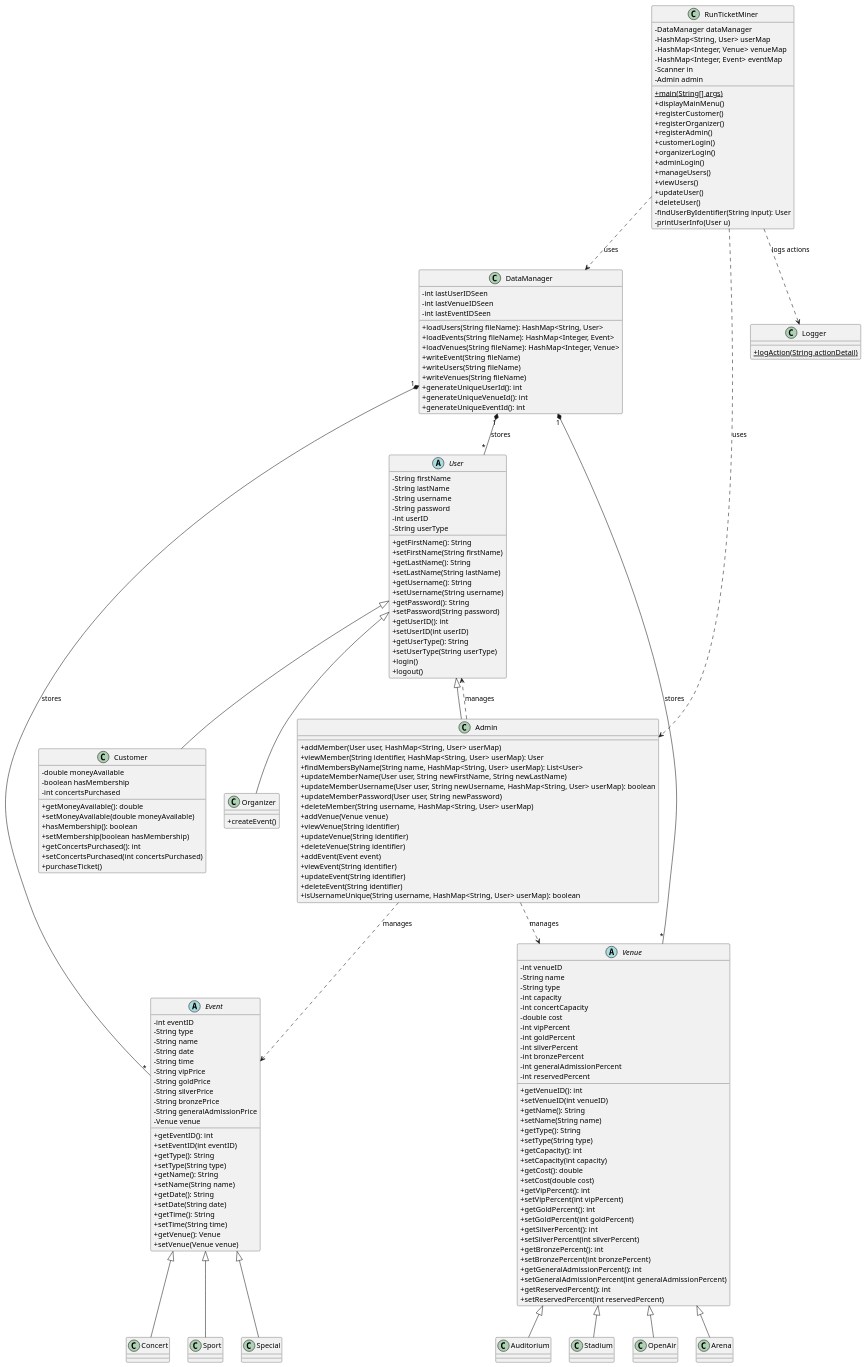
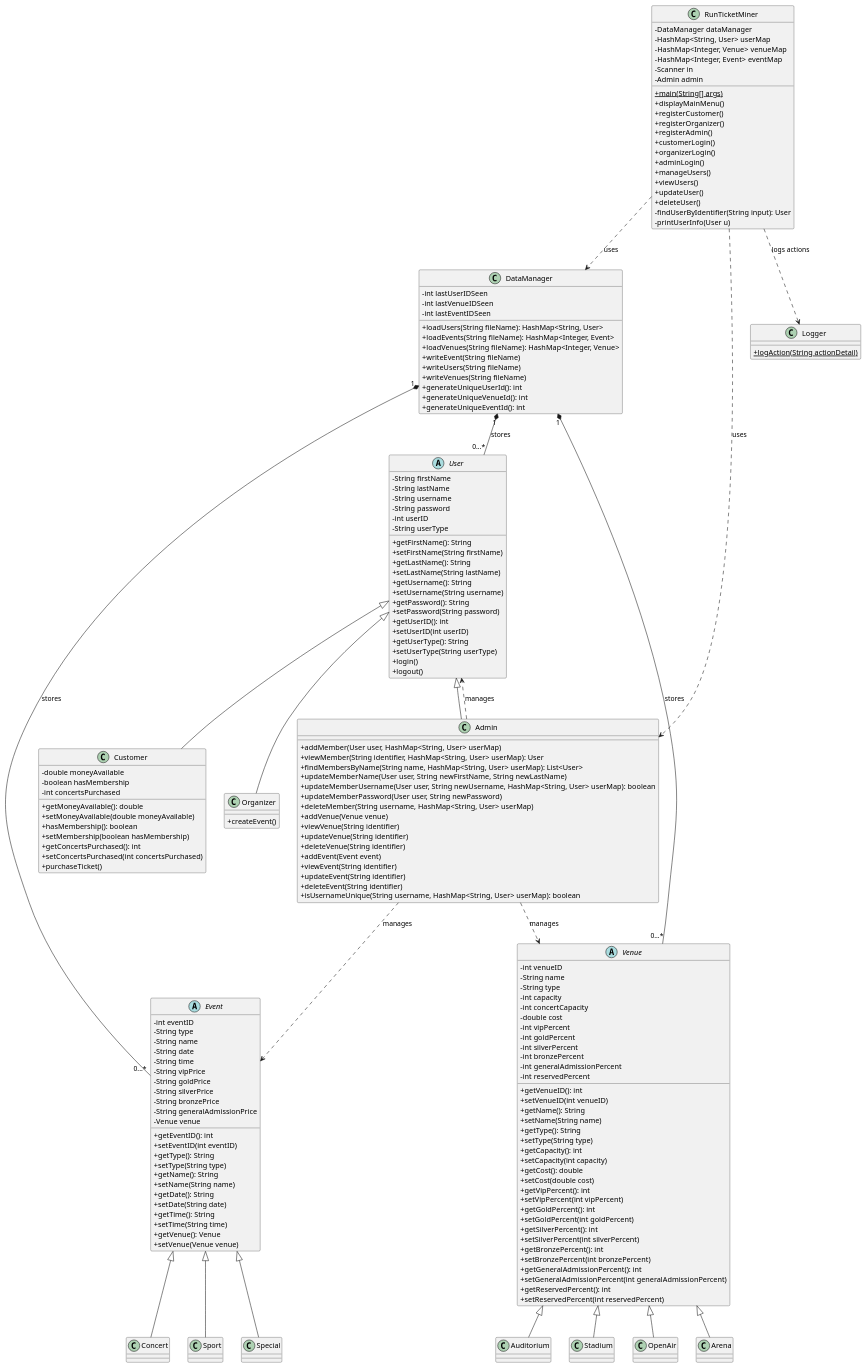
Before and after one commit to jluna4072/TicketMiner: the diagram in ClassDiagram.puml, drawn with PlantUML. The commit also changed 2 other files, not shown here.

Commit message:
Refactor comments in ClassDiagram.puml, RunTicketMiner.java, and Admin.java for clarity and consistency

```diff
--- a/ClassDiagram.puml
+++ b/ClassDiagram.puml
@@ -1,195 +1,195 @@
 @startuml ClassDiagram
 skinparam classAttributeIconSize 0
 
 abstract class User {
     - String firstName
     - String lastName
     - String username
     - String password
     - int userID
     - String userType
     + getFirstName(): String
     + setFirstName(String firstName)
     + getLastName(): String
     + setLastName(String lastName)
     + getUsername(): String
     + setUsername(String username)
     + getPassword(): String
     + setPassword(String password)
     + getUserID(): int
     + setUserID(int userID)
     + getUserType(): String
     + setUserType(String userType)
     + login()
     + logout()
 }
 class Customer {
     - double moneyAvailable
     - boolean hasMembership
     - int concertsPurchased
     + getMoneyAvailable(): double
     + setMoneyAvailable(double moneyAvailable)
     + hasMembership(): boolean
     + setMembership(boolean hasMembership)
     + getConcertsPurchased(): int
     + setConcertsPurchased(int concertsPurchased)
     + purchaseTicket()
 }
 
 class Organizer {
     + createEvent()
 }
 
 class Admin {
     + addMember(User user, HashMap<String, User> userMap)
     + viewMember(String identifier, HashMap<String, User> userMap): User
     + findMembersByName(String name, HashMap<String, User> userMap): List<User>
     + updateMemberName(User user, String newFirstName, String newLastName)
     + updateMemberUsername(User user, String newUsername, HashMap<String, User> userMap): boolean
     + updateMemberPassword(User user, String newPassword)
     + deleteMember(String username, HashMap<String, User> userMap)
     + addVenue(Venue venue)
     + viewVenue(String identifier)
     + updateVenue(String identifier)
     + deleteVenue(String identifier)
     + addEvent(Event event)
     + viewEvent(String identifier)
     + updateEvent(String identifier)
     + deleteEvent(String identifier)
     + isUsernameUnique(String username, HashMap<String, User> userMap): boolean
 }
 
 abstract class Event {
     - int eventID
     - String type
     - String name
     - String date
     - String time
     - String vipPrice
     - String goldPrice
     - String silverPrice
     - String bronzePrice
     - String generalAdmissionPrice
     - Venue venue
     + getEventID(): int
     + setEventID(int eventID)
     + getType(): String
     + setType(String type)
     + getName(): String
     + setName(String name)
     + getDate(): String
     + setDate(String date)
     + getTime(): String
     + setTime(String time)
     + getVenue(): Venue
     + setVenue(Venue venue)
 }
 
 class Concert extends Event
 class Sport extends Event
 class Special extends Event
 
 abstract class Venue {
     - int venueID
     - String name
     - String type
     - int capacity
     - int concertCapacity
     - double cost
     - int vipPercent
     - int goldPercent
     - int silverPercent
     - int bronzePercent
     - int generalAdmissionPercent
     - int reservedPercent
     + getVenueID(): int
     + setVenueID(int venueID)
     + getName(): String
     + setName(String name)
     + getType(): String
     + setType(String type)
     + getCapacity(): int
     + setCapacity(int capacity)
     + getCost(): double
     + setCost(double cost)
     + getVipPercent(): int
     + setVipPercent(int vipPercent)
     + getGoldPercent(): int
     + setGoldPercent(int goldPercent)
     + getSilverPercent(): int
     + setSilverPercent(int silverPercent)
     + getBronzePercent(): int
     + setBronzePercent(int bronzePercent)
     + getGeneralAdmissionPercent(): int
     + setGeneralAdmissionPercent(int generalAdmissionPercent)
     + getReservedPercent(): int
     + setReservedPercent(int reservedPercent)
 }
 
 class Arena extends Venue
 class Auditorium extends Venue
 class Stadium extends Venue
 class OpenAir extends Venue
 
 class RunTicketMiner {
     - DataManager dataManager
     - HashMap<String, User> userMap
     - HashMap<Integer, Venue> venueMap
     - HashMap<Integer, Event> eventMap
     - Scanner in
     - Admin admin
     + {static} main(String[] args)
     + displayMainMenu()
     + registerCustomer()
     + registerOrganizer()
     + registerAdmin()
     + customerLogin()
     + organizerLogin()
     + adminLogin()
     + manageUsers()
     + viewUsers()
     + updateUser()
     + deleteUser()
     - findUserByIdentifier(String input): User
     - printUserInfo(User u)
 }
 
 class DataManager {
     - int lastUserIDSeen
     - int lastVenueIDSeen
     - int lastEventIDSeen
     + loadUsers(String fileName): HashMap<String, User>
     + loadEvents(String fileName): HashMap<Integer, Event>
     + loadVenues(String fileName): HashMap<Integer, Venue>
     + writeEvent(String fileName)
     + writeUsers(String fileName)
     + writeVenues(String fileName)
     + generateUniqueUserId(): int
     + generateUniqueVenueId(): int
     + generateUniqueEventId(): int
 }
 
 class Logger {
     + {static} logAction(String actionDetail)
 }
 
 ' --- Relationships ---
 
-'Inheritance
+' Inheritance
 User <|-- Customer
 User <|-- Organizer
 User <|-- Admin
 
-'Aggregation / Composition 
-DataManager "1" *-- "*" User : stores
-DataManager "1" *-- "*" Event : stores
-DataManager "1" *-- "*" Venue : stores
+' Aggregation / Composition 
+DataManager "1" *-- "0...*" User : stores
+DataManager "1" *-- "0...*" Event : stores
+DataManager "1" *-- "0...*" Venue : stores
 
-'Dependencies
+' Dependencies
 Admin ..> User : manages
 Admin ..> Venue : manages
 Admin ..> Event : manages
 RunTicketMiner ..> DataManager : uses
 RunTicketMiner ..> Admin : uses
 RunTicketMiner ..> Logger : logs actions
 @enduml
```
